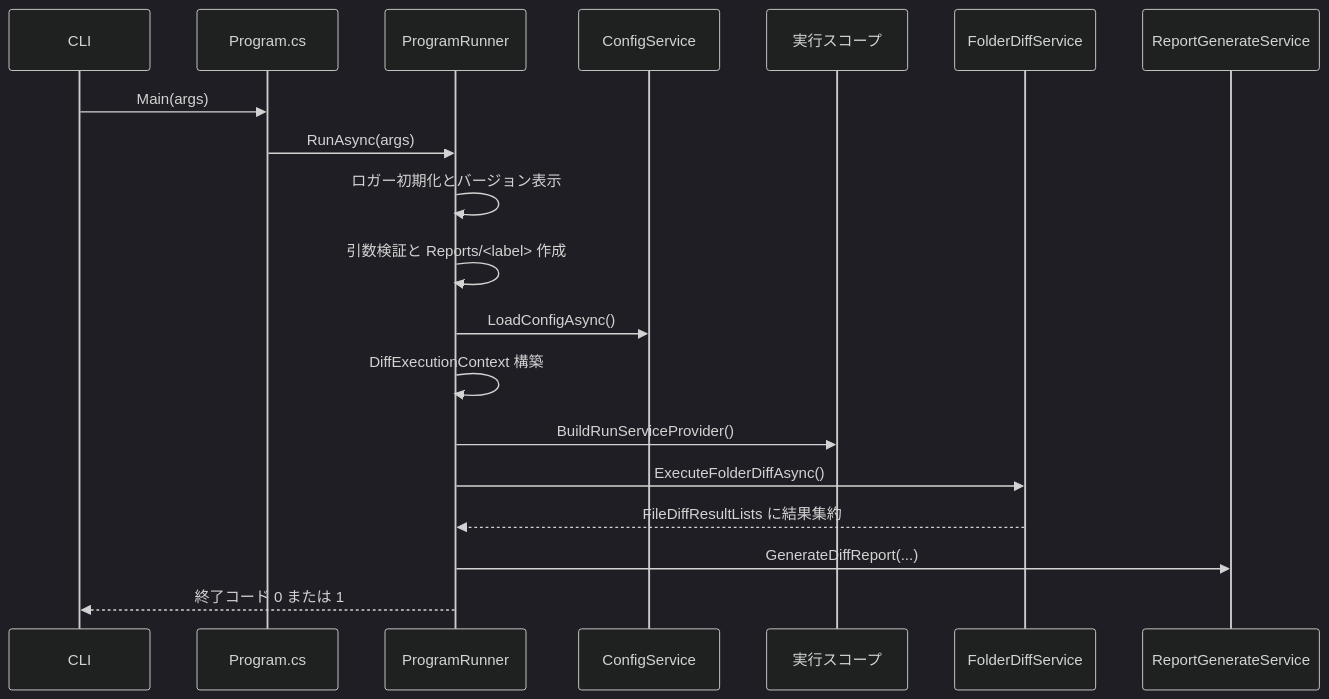
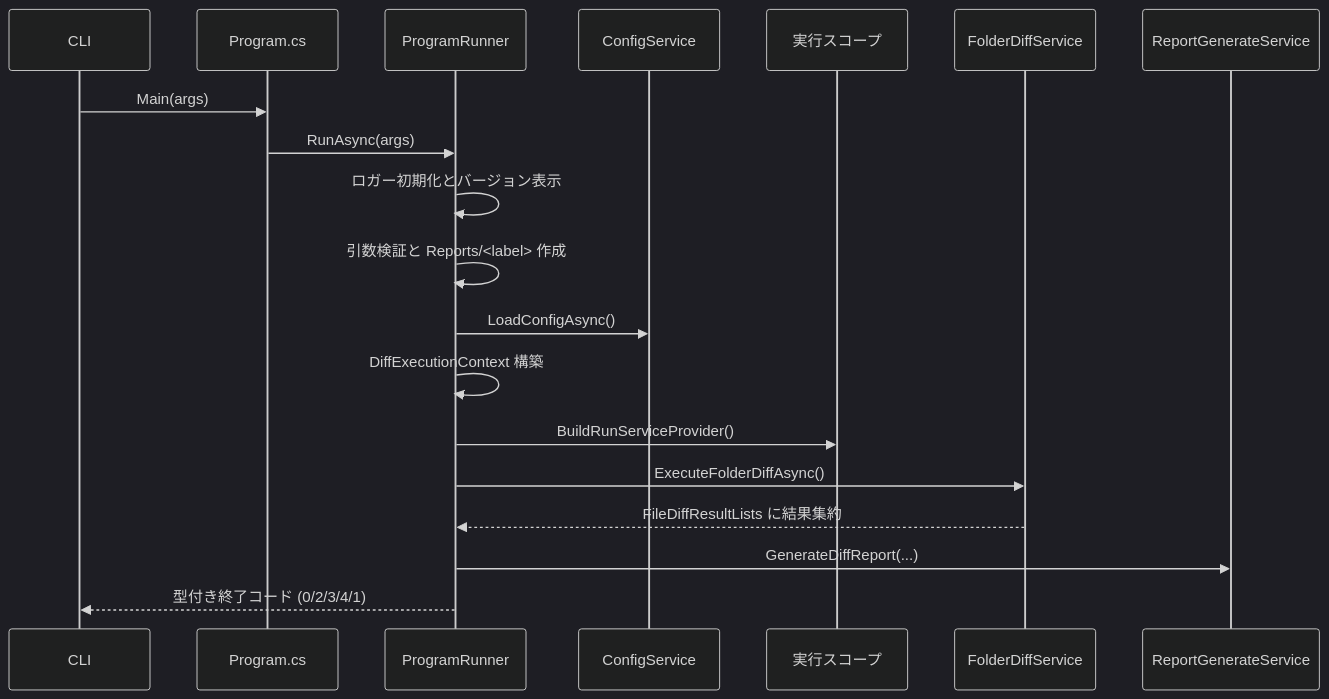
Before and after one commit to Widthdom/FolderDiffIL4DotNet: the seventh of 10 diagrams in doc/DEVELOPER_GUIDE.md, drawn with Mermaid (dark theme). The commit also changed other lines of this file and 6 other files, not shown here.

````diff
--- a/doc/DEVELOPER_GUIDE.md
+++ b/doc/DEVELOPER_GUIDE.md
@@ -602,22 +606,22 @@
 ```mermaid
 sequenceDiagram
     participant CLI as CLI
     participant Program as Program.cs
     participant Runner as ProgramRunner
     participant Config as ConfigService
     participant Scope as 実行スコープ
     participant Diff as FolderDiffService
     participant Report as ReportGenerateService
 
     CLI->>Program: Main(args)
     Program->>Runner: RunAsync(args)
     Runner->>Runner: ロガー初期化とバージョン表示
     Runner->>Runner: 引数検証と Reports/<label> 作成
     Runner->>Config: LoadConfigAsync()
     Runner->>Runner: DiffExecutionContext 構築
     Runner->>Scope: BuildRunServiceProvider()
     Runner->>Diff: ExecuteFolderDiffAsync()
     Diff-->>Runner: FileDiffResultLists に結果集約
     Runner->>Report: GenerateDiffReport(...)
-    Runner-->>CLI: 終了コード 0 または 1
+    Runner-->>CLI: 型付き終了コード (0/2/3/4/1)
 ```
````
